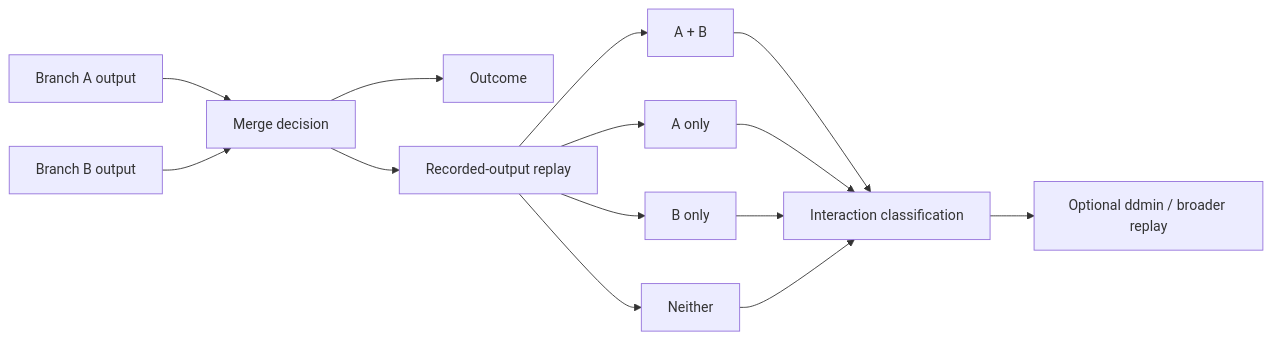
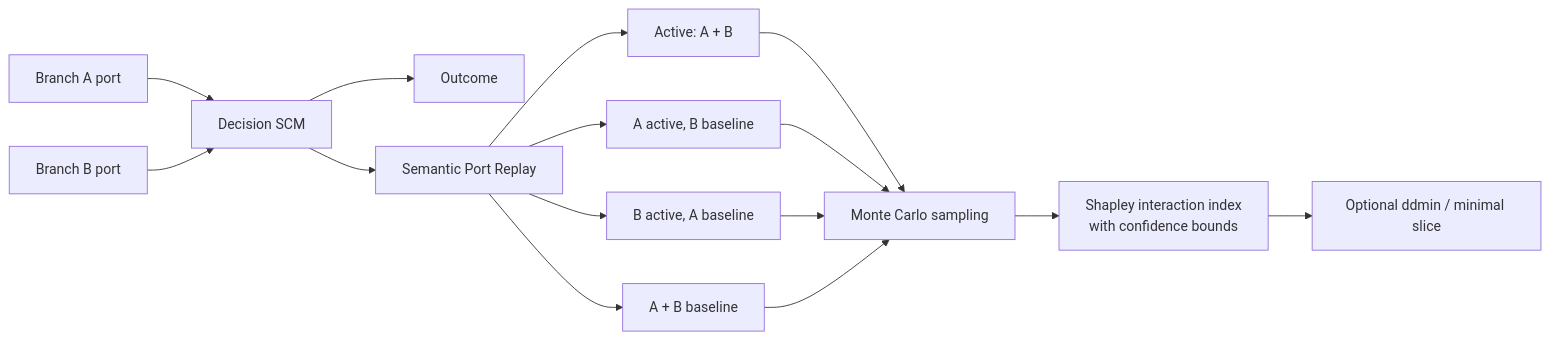
Before and after one commit to Psionic-labs/Agent-Casuality: the seventh of 8 diagrams in docs/implementation-plan.md, drawn with Mermaid. The commit also changed other lines of this file and 2 other files, not shown here.

````diff
--- a/docs/implementation-plan.md
+++ b/docs/implementation-plan.md
@@ -617,16 +635,17 @@
 ```mermaid
 flowchart LR
-    A[Branch A output] --> M[Merge decision]
-    B[Branch B output] --> M
+    A[Branch A port] --> M[Decision SCM]
+    B[Branch B port] --> M
     M --> Y[Outcome]
-    M --> R[Recorded-output replay]
-    R --> R1[A + B]
-    R --> R2[A only]
-    R --> R3[B only]
-    R --> R4[Neither]
-    R1 --> C[Interaction classification]
-    R2 --> C
-    R3 --> C
-    R4 --> C
-    C --> D[Optional ddmin / broader replay]
+    M --> R[Semantic Port Replay]
+    R --> R1[Active: A + B]
+    R --> R2[A active, B baseline]
+    R --> R3[B active, A baseline]
+    R --> R4[A + B baseline]
+    R1 --> S[Monte Carlo sampling]
+    R2 --> S
+    R3 --> S
+    R4 --> S
+    S --> C[Shapley interaction index<br/>with confidence bounds]
+    C --> D[Optional ddmin / minimal slice]
 ```
````
